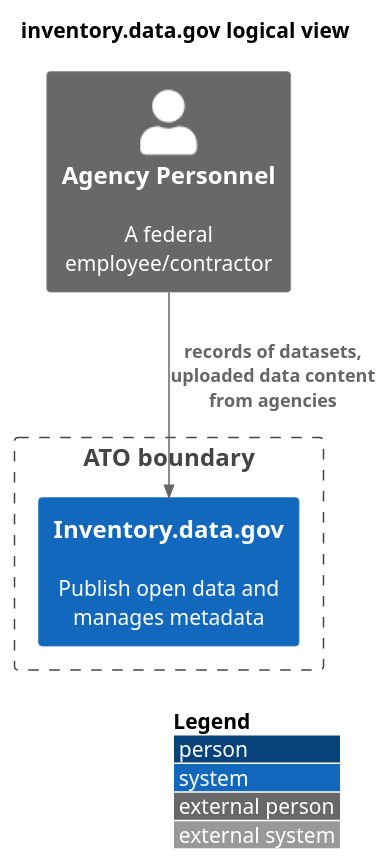
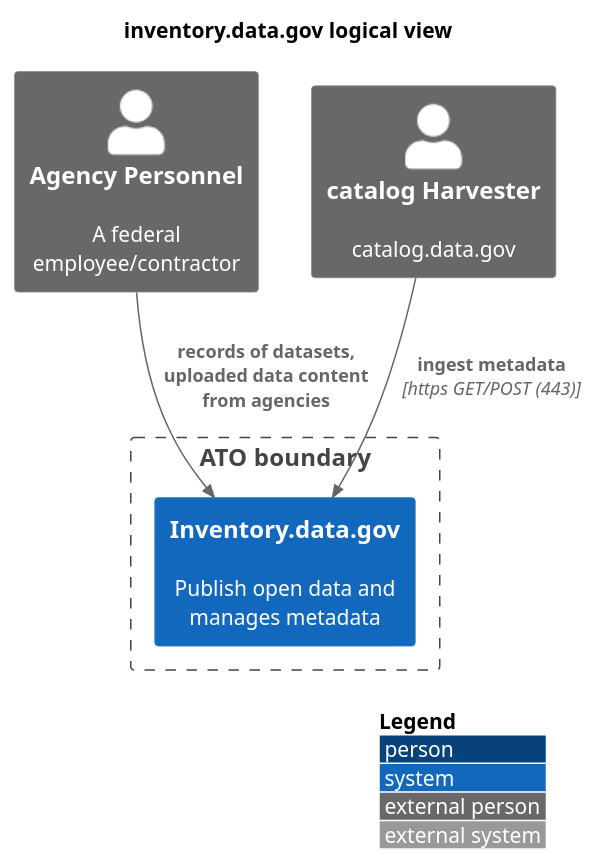
Before and after one commit to GSA/datagov-compliance: the diagram in inventory.Logical.md, drawn with PlantUML. The commit also changed other lines of this file, not shown here.

````diff
--- a/inventory.Logical.md
+++ b/inventory.Logical.md
@@ -3,13 +3,15 @@
 ```plantuml
 @startuml
 !include https://raw.githubusercontent.com/adrianvlupu/C4-PlantUML/latest/C4_Context.puml
 LAYOUT_WITH_LEGEND()
 title inventory.data.gov logical view
 Person_Ext(personnel, "Agency Personnel", "A federal employee/contractor")
+Person_Ext(harvester, "catalog Harvester", "catalog.data.gov")
 'note left of personnel : In java, every class\nextends this one.
 Boundary(atob, "ATO boundary") {
     System(inventory, "Inventory.data.gov", "Publish open data and manages metadata")
 }
 Rel(personnel, inventory, "records of datasets, uploaded data content from agencies")
+Rel(harvester, inventory, "ingest metadata", "https GET/POST (443)")
 @enduml
 ```
````
